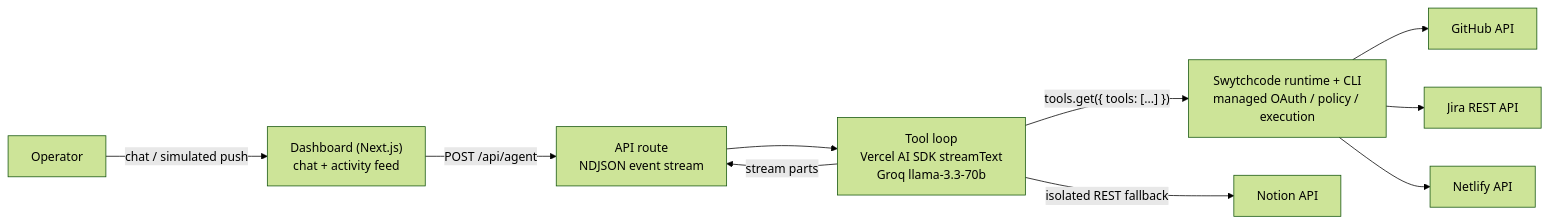
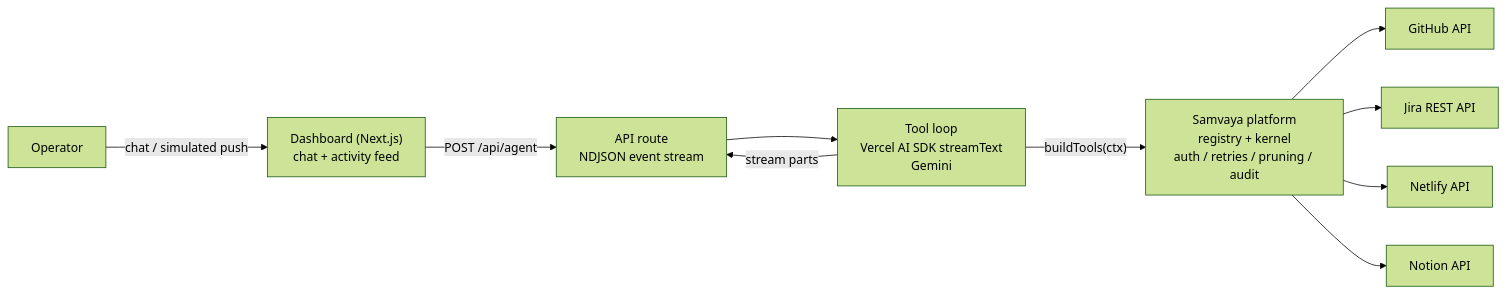
The diagram in README.md (Aisenh037/Release-Copilot---AI-DevOps-Deployment-Agent), drawn with Mermaid (forest theme) before and after one commit. The commit also changed other lines of this file and 2 other files, not shown here.

Commit message:
Rewrite project docs for Samvaya: platform contract, README, env reference

````diff
--- a/README.md
+++ b/README.md
@@ -45,12 +50,12 @@
 ```mermaid
 flowchart LR
   U[Operator] -->|chat / simulated push| UI["Dashboard (Next.js)<br/>chat + activity feed"]
   UI -->|"POST /api/agent"| API["API route<br/>NDJSON event stream"]
-  API --> LOOP["Tool loop<br/>Vercel AI SDK streamText<br/>Groq llama-3.3-70b"]
-  LOOP -->|"tools.get({ tools: [...] })"| SWX["Swytchcode runtime + CLI<br/>managed OAuth / policy / execution"]
+  API --> LOOP["Tool loop<br/>Vercel AI SDK streamText<br/>Gemini"]
+  LOOP -->|"buildTools(ctx)"| SWX["Samvaya platform<br/>registry + kernel<br/>auth / retries / pruning / audit"]
   SWX --> GH[GitHub API]
   SWX --> JIRA[Jira REST API]
   SWX --> NL[Netlify API]
-  LOOP -->|isolated REST fallback| NO[Notion API]
+  SWX --> NO[Notion API]
   LOOP -->|stream parts| API
 ```
````
